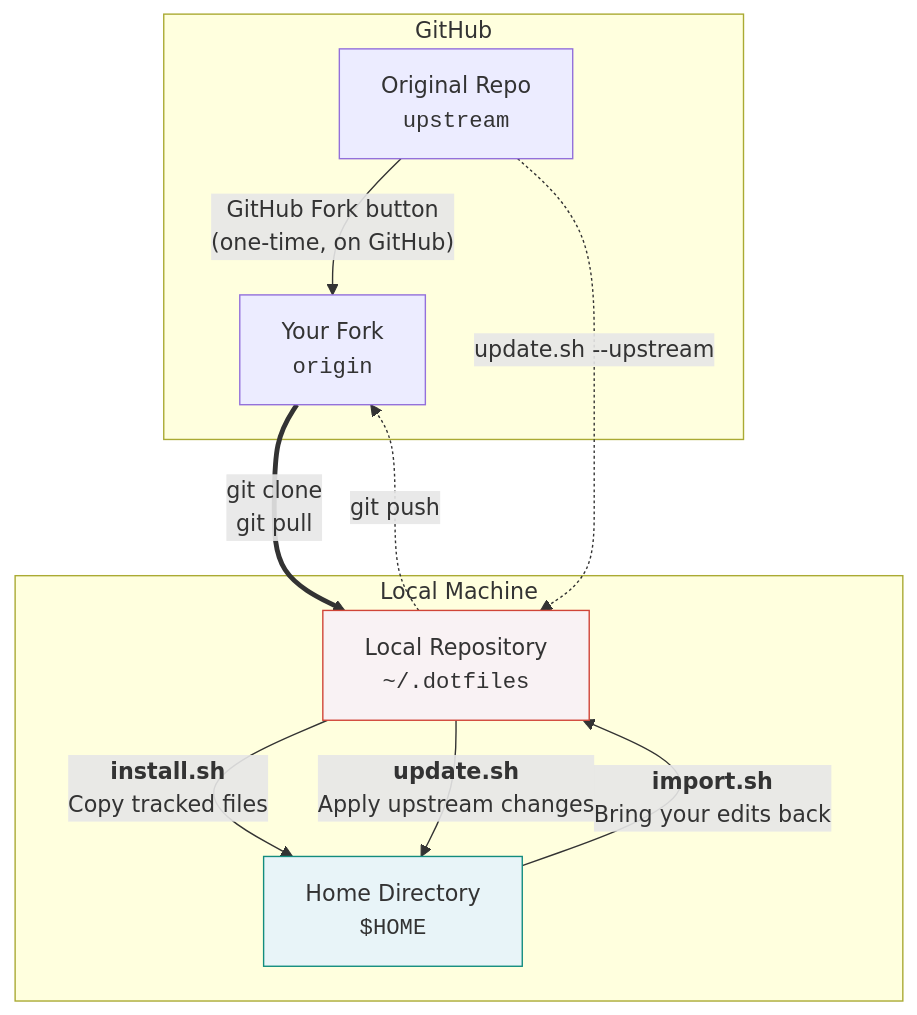
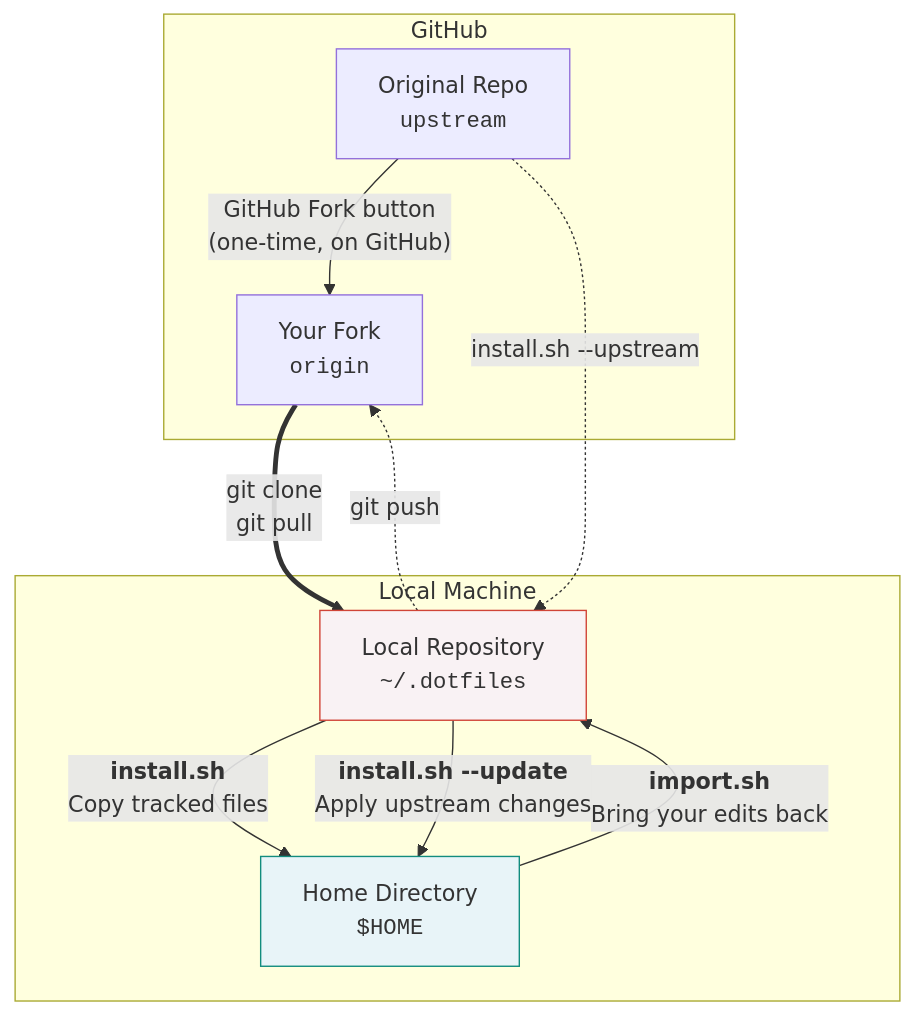
One commit to yokarikeri/dotfiles changed the diagram in README.md. Above: the diagram before and after it, drawn with Mermaid. The commit also changed other lines of this file and 4 other files, not shown here.

````diff
--- a/README.md
+++ b/README.md
@@ -62,25 +63,25 @@
 ```mermaid
 graph TD
     subgraph Remote [GitHub]
         Origin[Your Fork<br><code>origin</code>]
         Upstream[Original Repo<br><code>upstream</code>]
 
         Upstream -- "GitHub Fork button<br>(one-time, on GitHub)" --> Origin
     end
 
     subgraph Local [Local Machine]
         Repo[Local Repository<br><code>~/.dotfiles</code>]
         Home[Home Directory<br><code>$HOME</code>]
 
         Repo -- "<b>install.sh</b><br>Copy tracked files" --> Home
         Home -- "<b>import.sh</b><br>Bring your edits back" --> Repo
-        Repo -- "<b>update.sh</b><br>Apply upstream changes" --> Home
+        Repo -- "<b>install.sh --update</b><br>Apply upstream changes" --> Home
     end
 
     Origin ==> |"git clone\ngit pull"| Repo
     Repo -. "git push" .-> Origin
-    Upstream -. "update.sh --upstream" .-> Repo
+    Upstream -. "install.sh --upstream" .-> Repo
 
     style Repo fill:#f9f2f4,stroke:#d04437
     style Home fill:#e8f4f8,stroke:#128c7e
 ```
````
